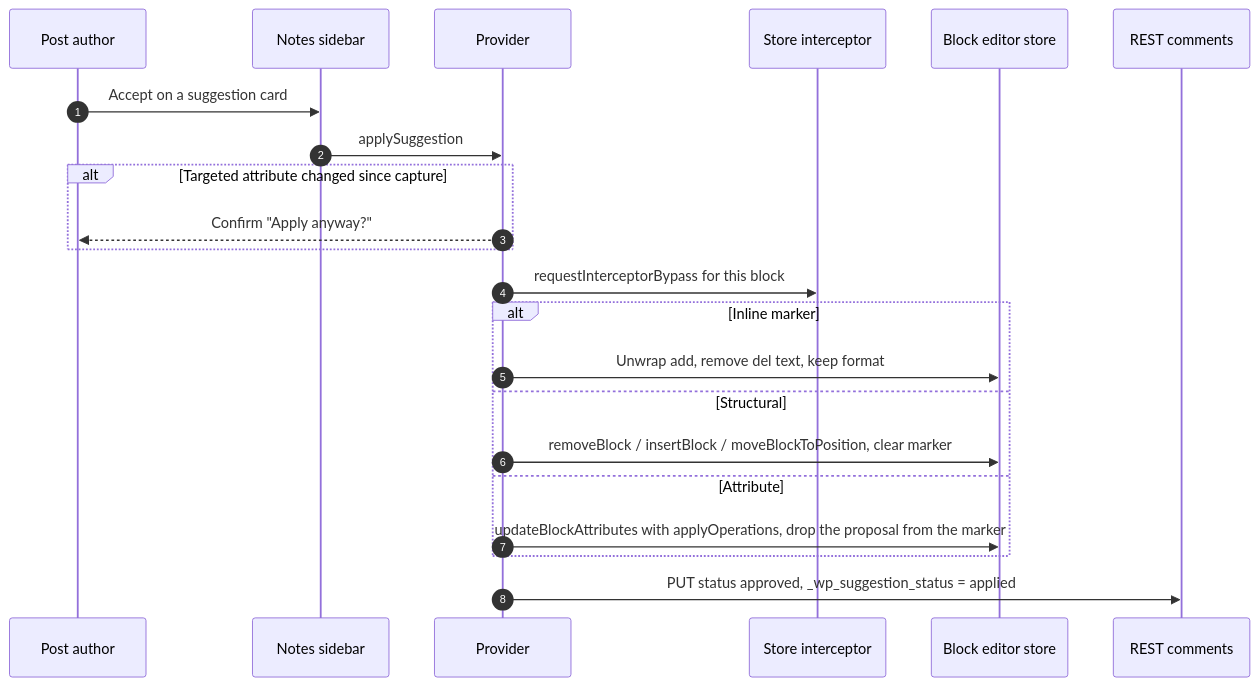
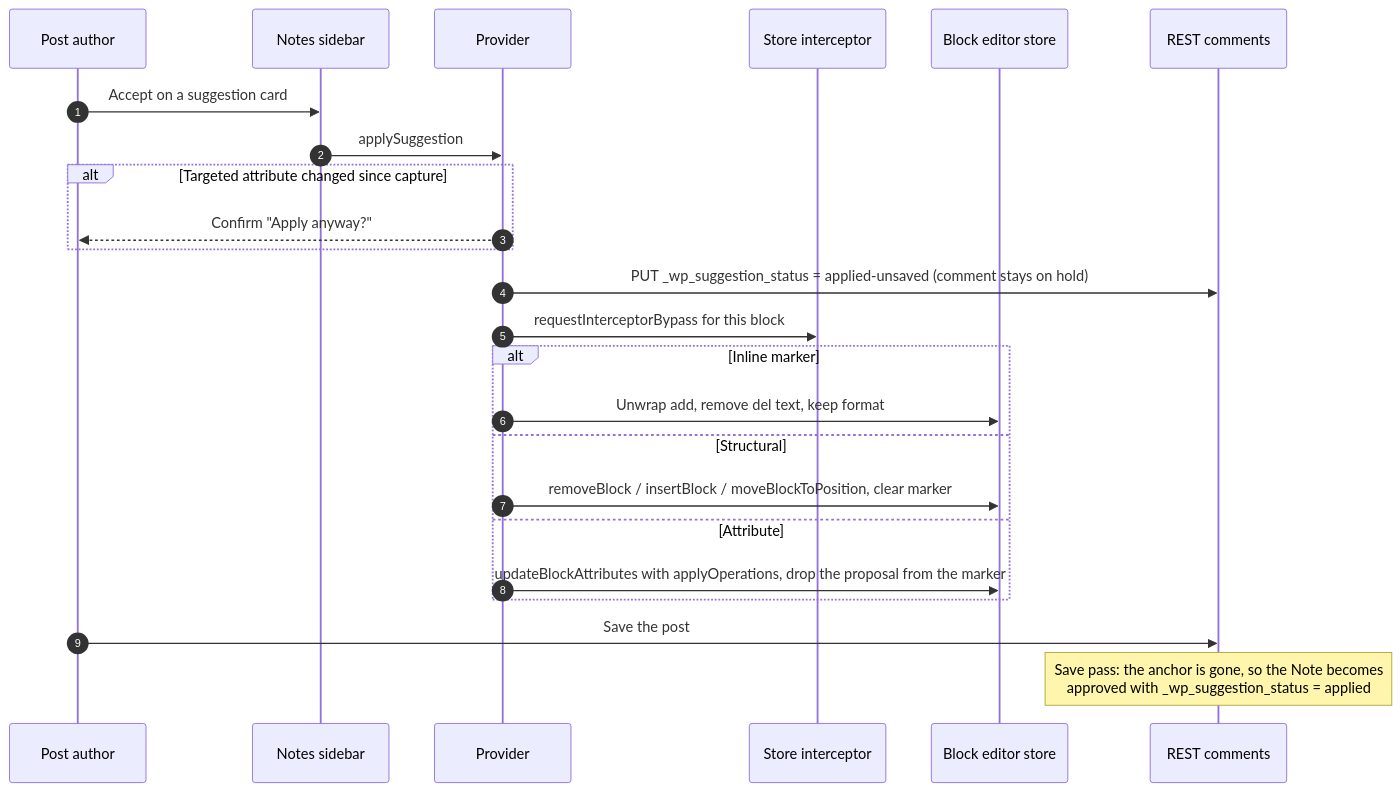
The seventh of 8 diagrams in docs/explanations/architecture/suggestions-overview.md (WordPress/gutenberg), drawn with Mermaid before and after one commit. The commit also changed other lines of this file and 1 other file, not shown here.

First line of the commit message:
Suggestion mode: Add a storage summary and bring the docs in line with the save pass

````diff
--- a/docs/explanations/architecture/suggestions-overview.md
+++ b/docs/explanations/architecture/suggestions-overview.md
@@ -255,25 +269,27 @@
 ```mermaid
 sequenceDiagram
     autonumber
     participant Au as Post author
     participant SB as Notes sidebar
     participant P as Provider
     participant I as Store interceptor
     participant S as Block editor store
     participant API as REST comments
 
     Au->>SB: Accept on a suggestion card
     SB->>P: applySuggestion
     alt Targeted attribute changed since capture
         P-->>Au: Confirm "Apply anyway?"
     end
+    P->>API: PUT _wp_suggestion_status = applied-unsaved (comment stays on hold)
     P->>I: requestInterceptorBypass for this block
     alt Inline marker
         P->>S: Unwrap add, remove del text, keep format
     else Structural
         P->>S: removeBlock / insertBlock / moveBlockToPosition, clear marker
     else Attribute
         P->>S: updateBlockAttributes with applyOperations, drop the proposal from the marker
     end
-    P->>API: PUT status approved, _wp_suggestion_status = applied
+    Au->>API: Save the post
+    Note over API: Save pass: the anchor is gone, so the Note becomes<br/>approved with _wp_suggestion_status = applied
 ```
````
